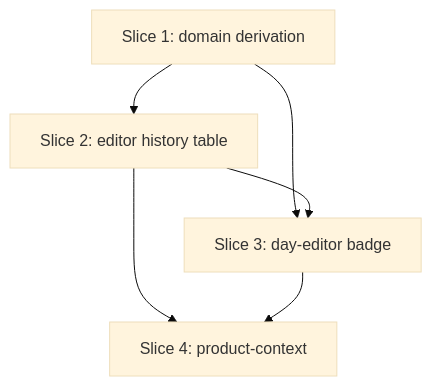
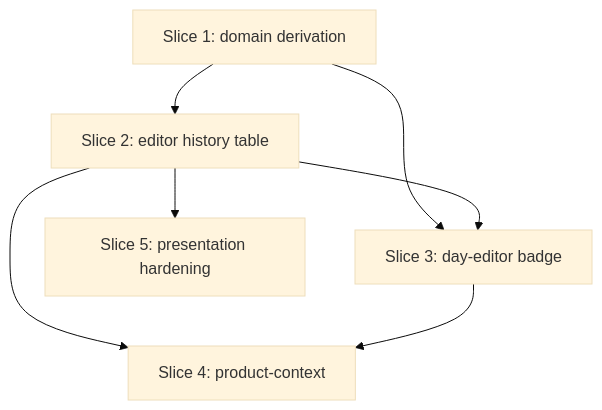
One commit to dushanpantic/zamaj changed the diagram in plans/set-history-with-progression-hints.md. Above: the diagram before and after it, drawn with Mermaid (base theme). The commit also changed other lines of this file and 6 other files, not shown here.

````diff
--- a/plans/set-history-with-progression-hints.md
+++ b/plans/set-history-with-progression-hints.md
@@ -297,8 +372,9 @@
 ```mermaid
 graph TD
   S1[Slice 1: domain derivation] --> S2[Slice 2: editor history table]
   S1 --> S3[Slice 3: day-editor badge]
   S2 --> S3
   S2 --> S4[Slice 4: product-context]
   S3 --> S4
+  S2 --> S5[Slice 5: presentation hardening]
 ```
````
